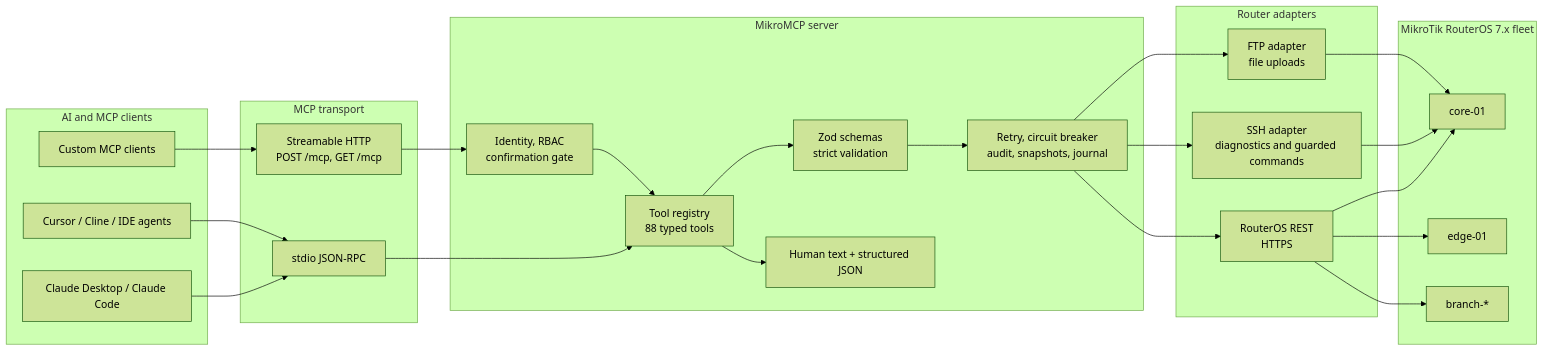
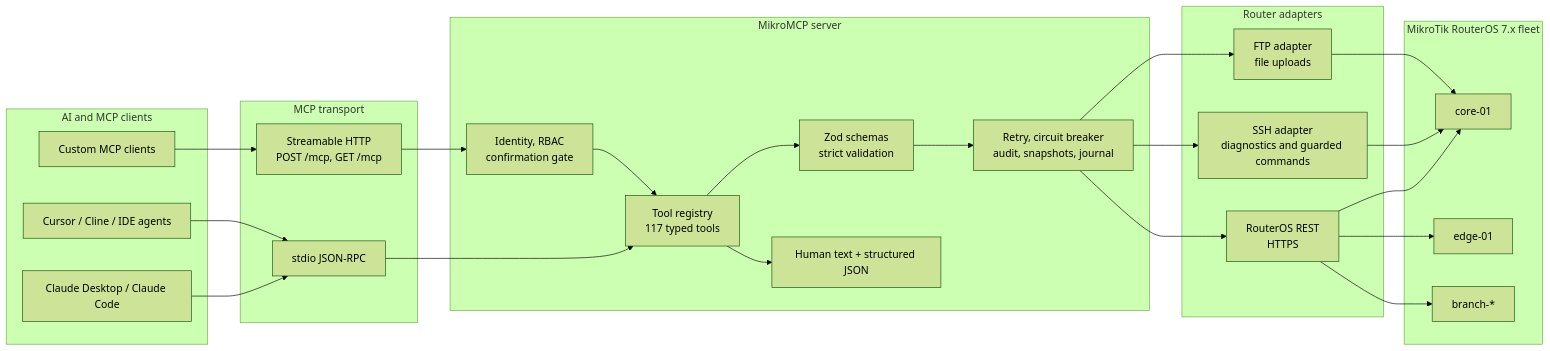
One commit to AliKarami/MikroMCP changed the first of 3 diagrams in docs/wiki/Architecture.md. Above: the diagram before and after it, drawn with Mermaid (forest theme). The commit also changed other lines of this file and 17 other files, not shown here.

````diff
--- a/docs/wiki/Architecture.md
+++ b/docs/wiki/Architecture.md
@@ -5,51 +5,51 @@
 ```mermaid
 flowchart LR
     subgraph Clients["AI and MCP clients"]
         Claude["Claude Desktop / Claude Code"]
         Cursor["Cursor / Cline / IDE agents"]
         Service["Custom MCP clients"]
     end
 
     subgraph Transport["MCP transport"]
         Stdio["stdio JSON-RPC"]
         Http["Streamable HTTP\nPOST /mcp, GET /mcp"]
     end
 
     subgraph Core["MikroMCP server"]
-        Registry["Tool registry\n88 typed tools"]
+        Registry["Tool registry\n117 typed tools"]
         Schemas["Zod schemas\nstrict validation"]
         Auth["Identity, RBAC\nconfirmation gate"]
         Safety["Retry, circuit breaker\naudit, snapshots, journal"]
         Format["Human text + structured JSON"]
     end
 
     subgraph Adapters["Router adapters"]
         Rest["RouterOS REST\nHTTPS"]
         Ssh["SSH adapter\ndiagnostics and guarded commands"]
         Ftp["FTP adapter\nfile uploads"]
     end
 
     subgraph Routers["MikroTik RouterOS 7.x fleet"]
         CoreRouter["core-01"]
         EdgeRouter["edge-01"]
         BranchRouter["branch-*"]
     end
 
     Claude --> Stdio
     Cursor --> Stdio
     Service --> Http
     Stdio --> Registry
     Http --> Auth
     Auth --> Registry
     Registry --> Schemas
     Schemas --> Safety
     Safety --> Rest
     Safety --> Ssh
     Safety --> Ftp
     Rest --> CoreRouter
     Rest --> EdgeRouter
     Rest --> BranchRouter
     Ssh --> CoreRouter
     Ftp --> CoreRouter
     Registry --> Format
 ```
````
